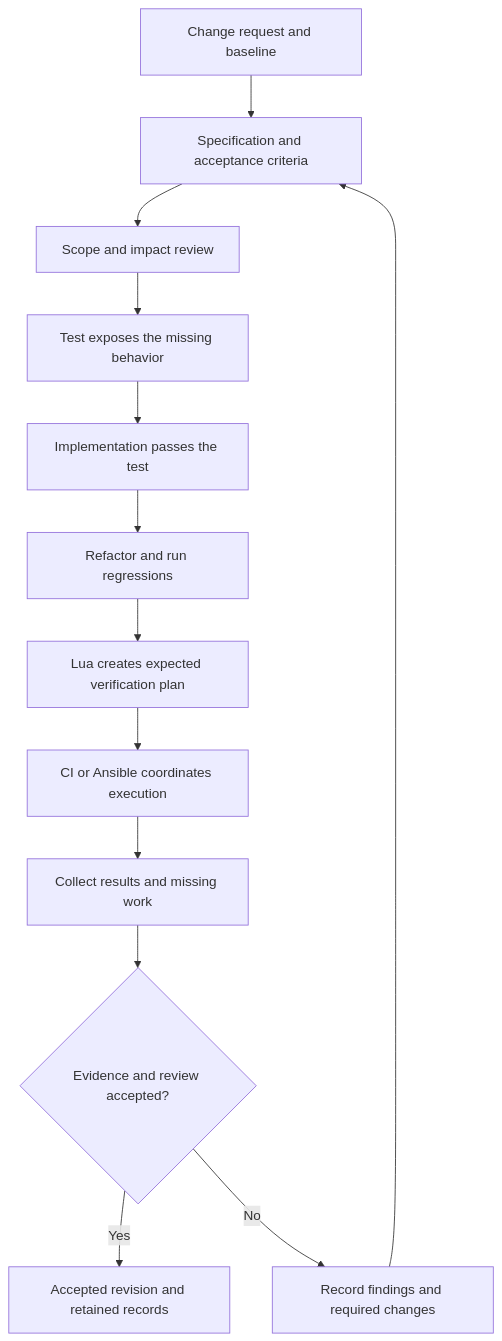
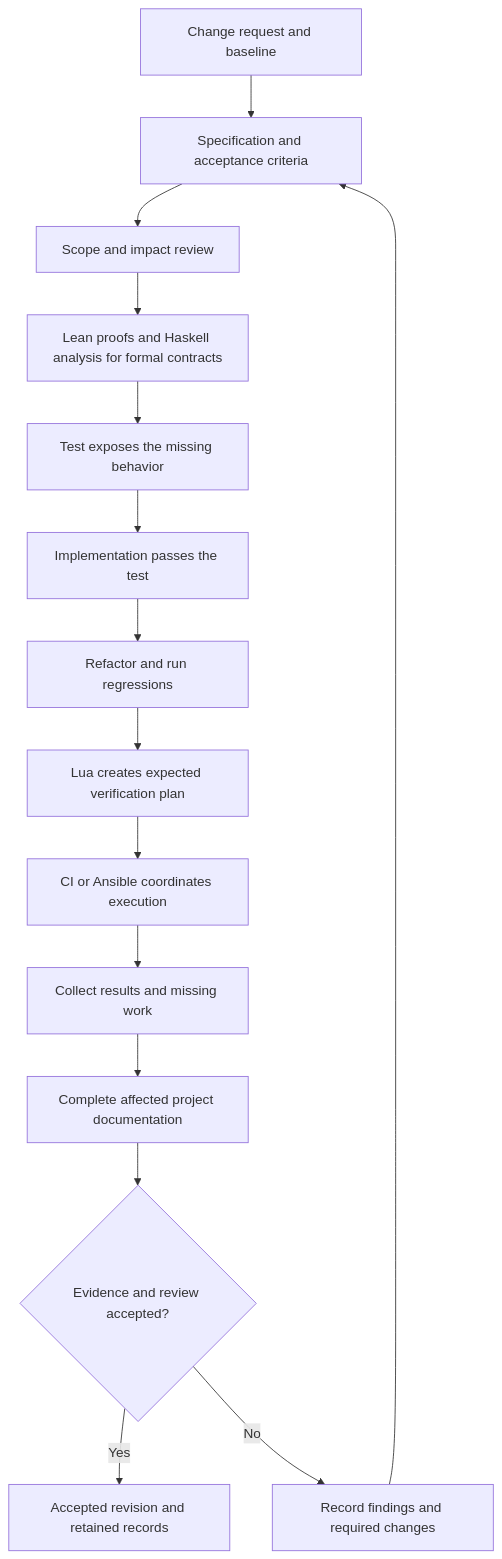
The diagram in docs/procedures/change.md (RafaelVVolkmer/libmemalloc), drawn with Mermaid before and after one commit. The commit also changed other lines of this file and 33 other files, not shown here.

````diff
--- a/docs/procedures/change.md
+++ b/docs/procedures/change.md
@@ -143,15 +150,17 @@
 ```mermaid
 flowchart TD
     Change[Change request and baseline] --> Spec[Specification and acceptance criteria]
     Spec --> Review[Scope and impact review]
-    Review --> Red[Test exposes the missing behavior]
+    Review --> Models[Lean proofs and Haskell analysis for formal contracts]
+    Models --> Red[Test exposes the missing behavior]
     Red --> Green[Implementation passes the test]
     Green --> Refactor[Refactor and run regressions]
     Refactor --> Plan[Lua creates expected verification plan]
     Plan --> Run[CI or Ansible coordinates execution]
     Run --> Evidence[Collect results and missing work]
-    Evidence --> Gate{Evidence and review accepted?}
+    Evidence --> Docs[Complete affected project documentation]
+    Docs --> Gate{Evidence and review accepted?}
     Gate -->|Yes| Accepted[Accepted revision and retained records]
     Gate -->|No| Findings[Record findings and required changes]
     Findings --> Spec
 ```
````
